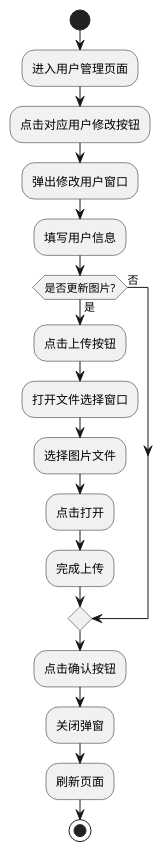
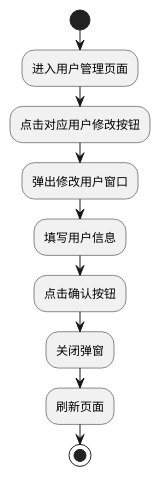
Before and after one commit to grimesapple/springGarden: the diagram in resource/活动图/修改用户活动图.puml, drawn with PlantUML. The commit also changed 52 other files, not shown here.

```diff
--- a/resource/活动图/修改用户活动图.puml
+++ b/resource/活动图/修改用户活动图.puml
@@ -1,21 +1,13 @@
 @startuml
 
 start
 :进入用户管理页面;
 :点击对应用户修改按钮;
 :弹出修改用户窗口;
 :填写用户信息;
-if (是否更新图片?) is (是) then
-  :点击上传按钮;
-  :打开文件选择窗口;
-  :选择图片文件;
-  :点击打开;
-  :完成上传;
-else (否)
-endif
-  :点击确认按钮;
-  :关闭弹窗;
-  :刷新页面;
+:点击确认按钮;
+:关闭弹窗;
+:刷新页面;
 stop
 
 @enduml
```
